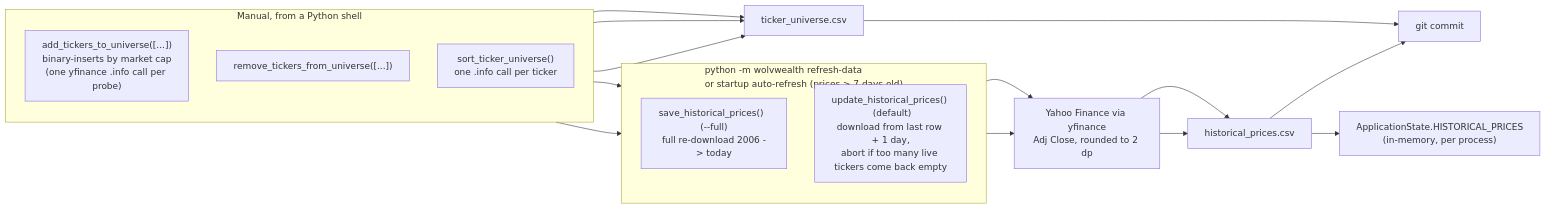
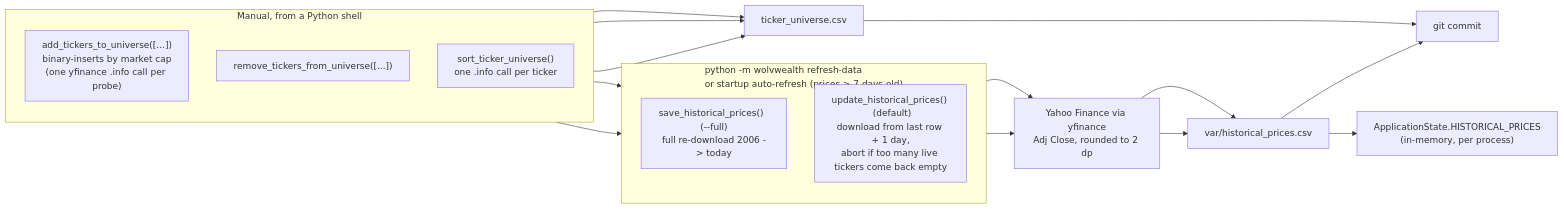
The seventh of 10 diagrams in ARCHITECTURE.md (rramboer/WolvWealth), drawn with Mermaid before and after one commit. The commit also changed other lines of this file and 7 other files, not shown here.

````diff
--- a/ARCHITECTURE.md
+++ b/ARCHITECTURE.md
@@ -298,31 +298,31 @@
 ```mermaid
 flowchart LR
     subgraph Refresh["python -m wolvwealth refresh-data<br/>or startup auto-refresh (prices > 7 days old)"]
         direction TB
         R1["save_historical_prices()  (--full)<br/>full re-download 2006 -> today"]
         R2["update_historical_prices()  (default)<br/>download from last row + 1 day,<br/>abort if too many live tickers come back empty"]
     end
     subgraph Manual["Manual, from a Python shell"]
         direction TB
         U1["add_tickers_to_universe([...])<br/>binary-inserts by market cap<br/>(one yfinance .info call per probe)"]
         U2["remove_tickers_from_universe([...])"]
         U3["sort_ticker_universe()<br/>one .info call per ticker"]
     end
 
     YF["Yahoo Finance via yfinance<br/>Adj Close, rounded to 2 dp"]
     T["ticker_universe.csv"]
-    P["historical_prices.csv"]
+    P["var/historical_prices.csv"]
     Mem["ApplicationState.HISTORICAL_PRICES<br/>(in-memory, per process)"]
     Git["git commit"]
 
     U1 --> T
     U2 --> T
     U3 --> T
     U1 --> R1
     U2 --> R1
     R1 --> YF --> P
     R2 --> YF --> P
     P --> Mem
     T --> Git
     P --> Git
 ```
````
